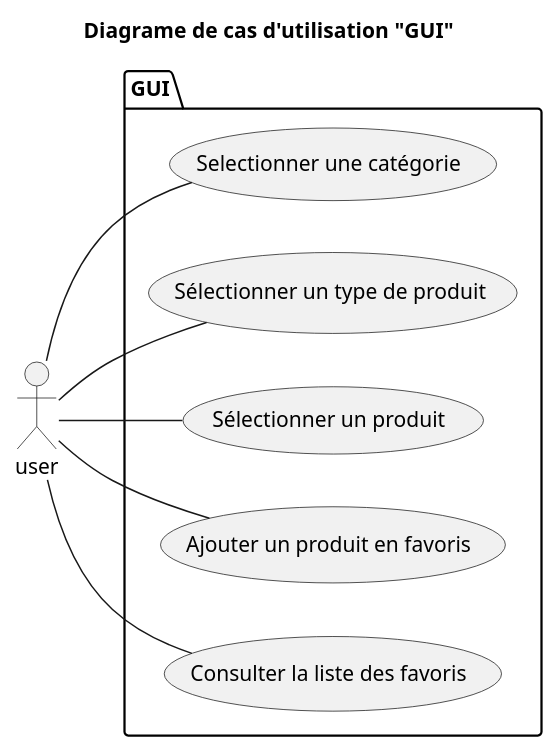
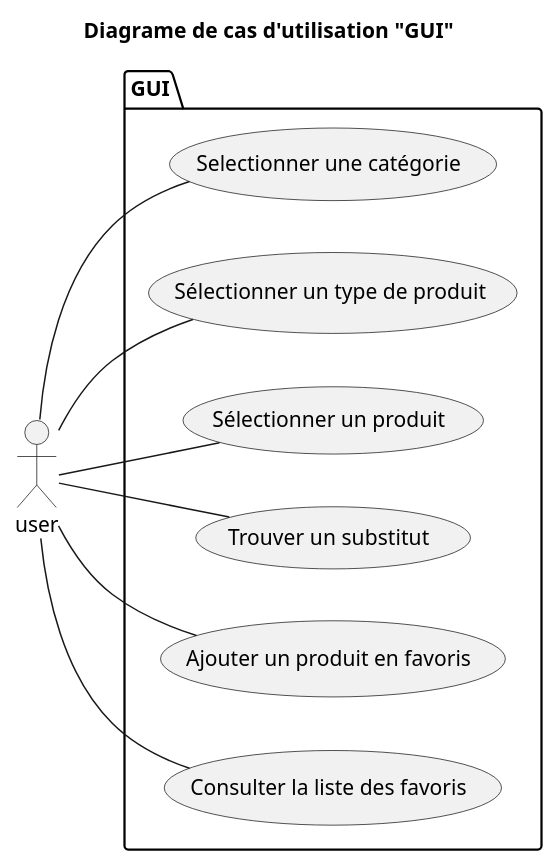
The diagram in doc/uml/02_uc_gui.puml (Zepmanbc/oc_dapython_pr5), drawn with PlantUML before and after one commit. The commit also changed 6 other files, not shown here.

```diff
--- a/doc/uml/02_uc_gui.puml
+++ b/doc/uml/02_uc_gui.puml
@@ -1,21 +1,24 @@
 @startuml 02_uc_gui
 title Diagrame de cas d'utilisation "GUI"
 
 package GUI{
     left to right direction
     (Selectionner une catégorie) as SELECT_CTG
     (Sélectionner un type de produit) as SELECT_TYP
     (Sélectionner un produit) as SELECT_PRD
+    (Trouver un substitut) as FIND_SUBST
     (Ajouter un produit en favoris) as ADD_FAV
     (Consulter la liste des favoris) as SHOW_FAV
+
 }
 
 actor user
 
 user -- SELECT_CTG
 user -- SELECT_PRD
 user -- SELECT_TYP
+user -- FIND_SUBST
 user -- ADD_FAV
 user -- SHOW_FAV
 
 @enduml
```
